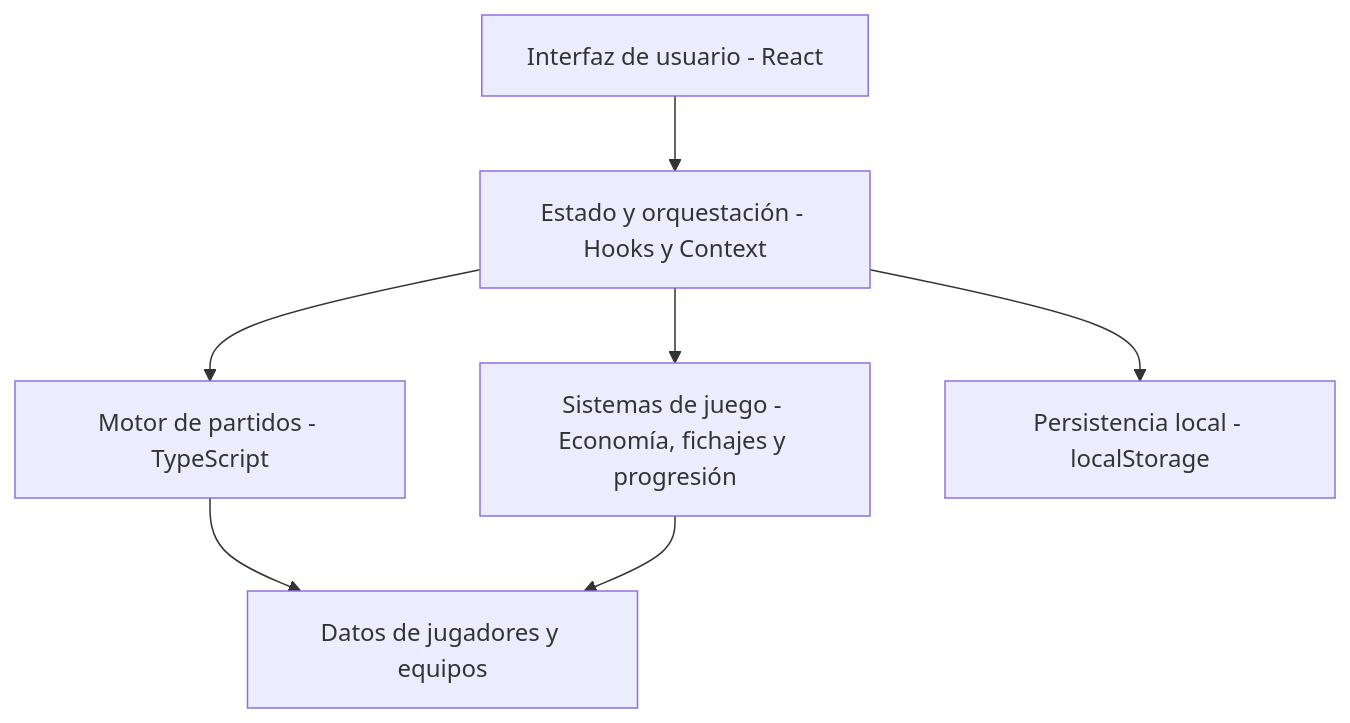
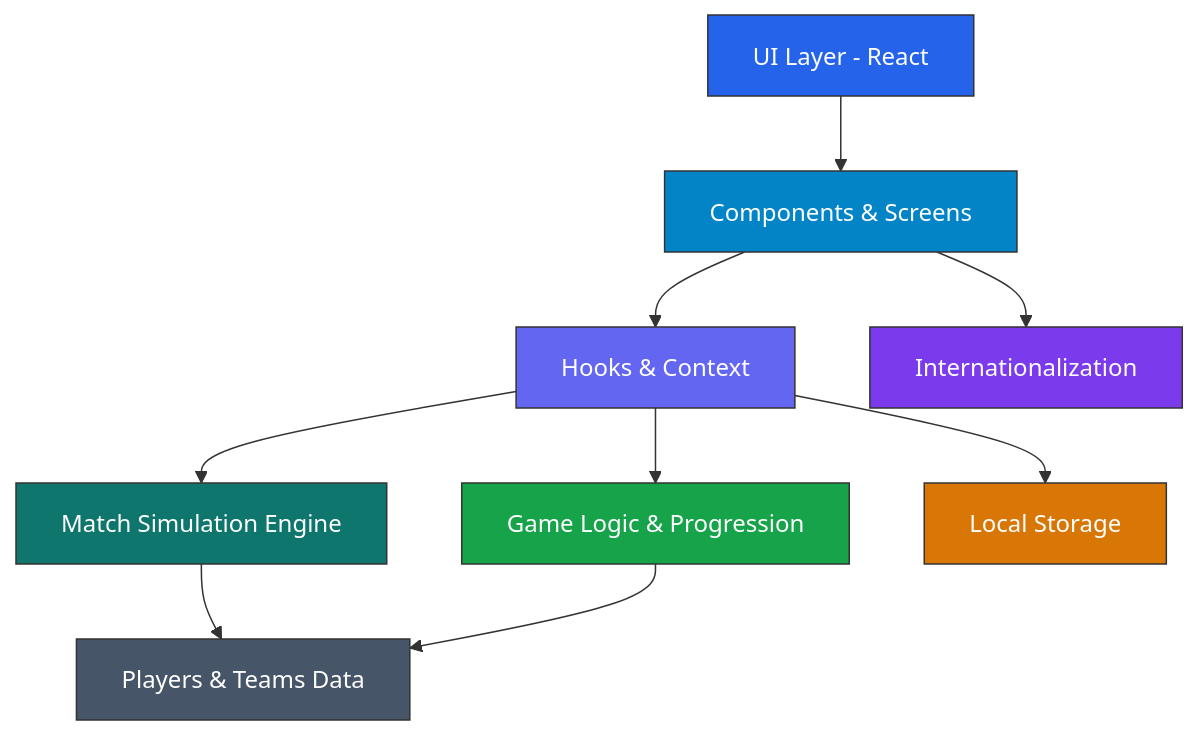
Before and after one commit to camu-al/ff-manager: the diagram in README.md, drawn with Mermaid. The commit also changed other lines of this file, not shown here.

````diff
--- a/README.md
+++ b/README.md
@@ -100,9 +68,20 @@
 ```mermaid
-flowchart TD
-    A["Interfaz de usuario - React"] --> B["Estado y orquestación - Hooks y Context"]
-    B --> C["Motor de partidos - TypeScript"]
-    B --> D["Sistemas de juego - Economía, fichajes y progresión"]
-    C --> E["Datos de jugadores y equipos"]
-    D --> E
-    B --> F["Persistencia local - localStorage"]
+graph TD
+    A["UI Layer - React"] --> B["Components & Screens"]
+    B --> C["Hooks & Context"]
+    C --> D["Match Simulation Engine"]
+    C --> E["Game Logic & Progression"]
+    D --> F["Players & Teams Data"]
+    E --> F
+    C --> G["Local Storage"]
+    B --> H["Internationalization"]
+
+    style A fill:#2563EB,stroke:#333,color:#fff
+    style B fill:#0284C7,stroke:#333,color:#fff
+    style C fill:#6366F1,stroke:#333,color:#fff
+    style D fill:#0F766E,stroke:#333,color:#fff
+    style E fill:#16A34A,stroke:#333,color:#fff
+    style F fill:#475569,stroke:#333,color:#fff
+    style G fill:#D97706,stroke:#333,color:#fff
+    style H fill:#7C3AED,stroke:#333,color:#fff
 ```
````
